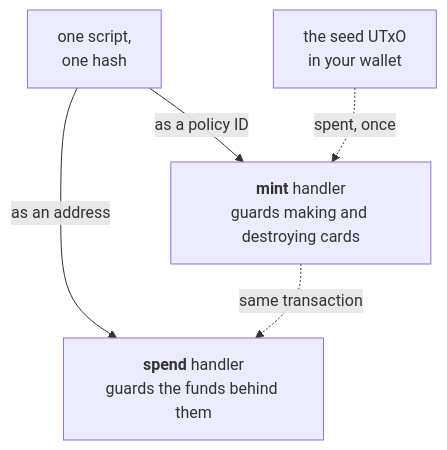
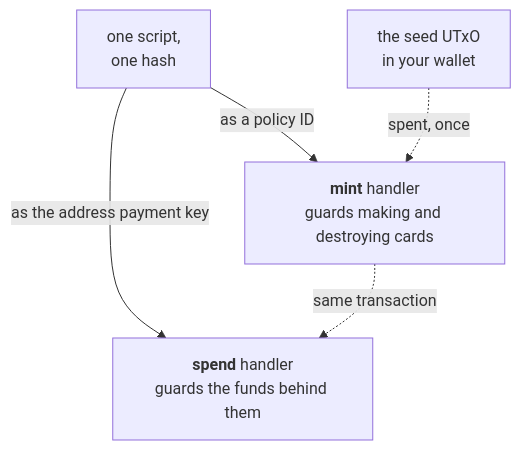
The third of 4 diagrams in docs/developers/onboarding/lectures/intermediate/11-multi-validators.md (cardano-foundation/developer-portal), drawn with Mermaid before and after one commit.

````diff
--- a/docs/developers/onboarding/lectures/intermediate/11-multi-validators.md
+++ b/docs/developers/onboarding/lectures/intermediate/11-multi-validators.md
@@ -144,10 +144,10 @@
 ```mermaid
 flowchart TD
     S["one script,<br/>one hash"] -->|as a policy ID| M["`**mint** handler
     guards making and destroying cards`"]
-    S -->|as an address| P["`**spend** handler
+    S -->|as the address payment key| P["`**spend** handler
     guards the funds behind them`"]
 
     U["the seed UTxO<br/>in your wallet"] -.->|"spent, once"| M
     M -.->|"same transaction"| P
 ```
````
